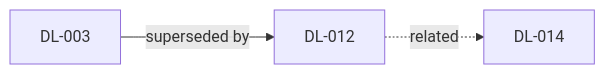
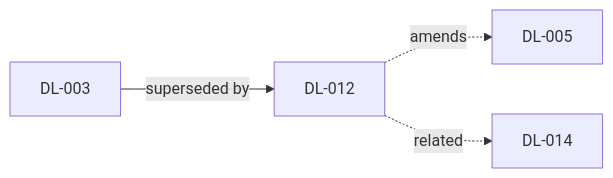
The second of 2 diagrams in .claude/skills/dld-snapshot/SKILL.md (jimutt/dld-kit), drawn with Mermaid before and after one commit. The commit also changed other lines of this file and 22 other files, not shown here.

````diff
--- a/.claude/skills/dld-snapshot/SKILL.md
+++ b/.claude/skills/dld-snapshot/SKILL.md
@@ -141,5 +144,6 @@
 ```mermaid
 graph LR
     DL-003 -->|superseded by| DL-012
+    DL-012 -.->|amends| DL-005
     DL-012 -.->|related| DL-014
 ```
````
